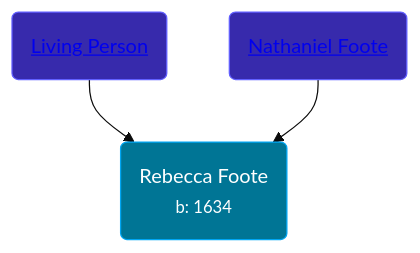
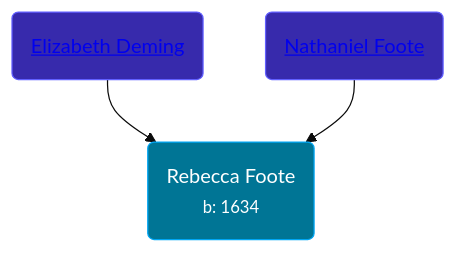
The diagram in pages/people/3/32470572.md (wpmgotkh/wpmgotkh.github.io), drawn with Mermaid (base theme) before and after one commit. The commit also changed other lines of this file and 586 other files, not shown here.

Commit message:
feat: better shouldConsiderPersonLiving algo

````diff
--- a/pages/people/3/32470572.md
+++ b/pages/people/3/32470572.md
@@ -11,9 +11,9 @@
 ```mermaid
 graph
 classDef grands fill:#193cb8,stroke:#2b7fff,stroke-width:1px,color:#fff;
 classDef parents fill:#372aac,stroke:#615fff,stroke-width:1px,color:#fff;
 classDef primary fill:#007595,stroke:#00a6f4,stroke-width:1px,color:#fff;
 32470572(Rebecca Foote<br /><small>b: 1634</small>):::primary
-77201280(<a class="text-white" href="/people/7/77201280">Living Person</a>):::parents-->32470572
+77201280(<a class="text-white" href="/people/7/77201280">Elizabeth Deming</a>):::parents-->32470572
 64098820(<a class="text-white" href="/people/6/64098820">Nathaniel Foote</a>):::parents-->32470572
 ```
````
